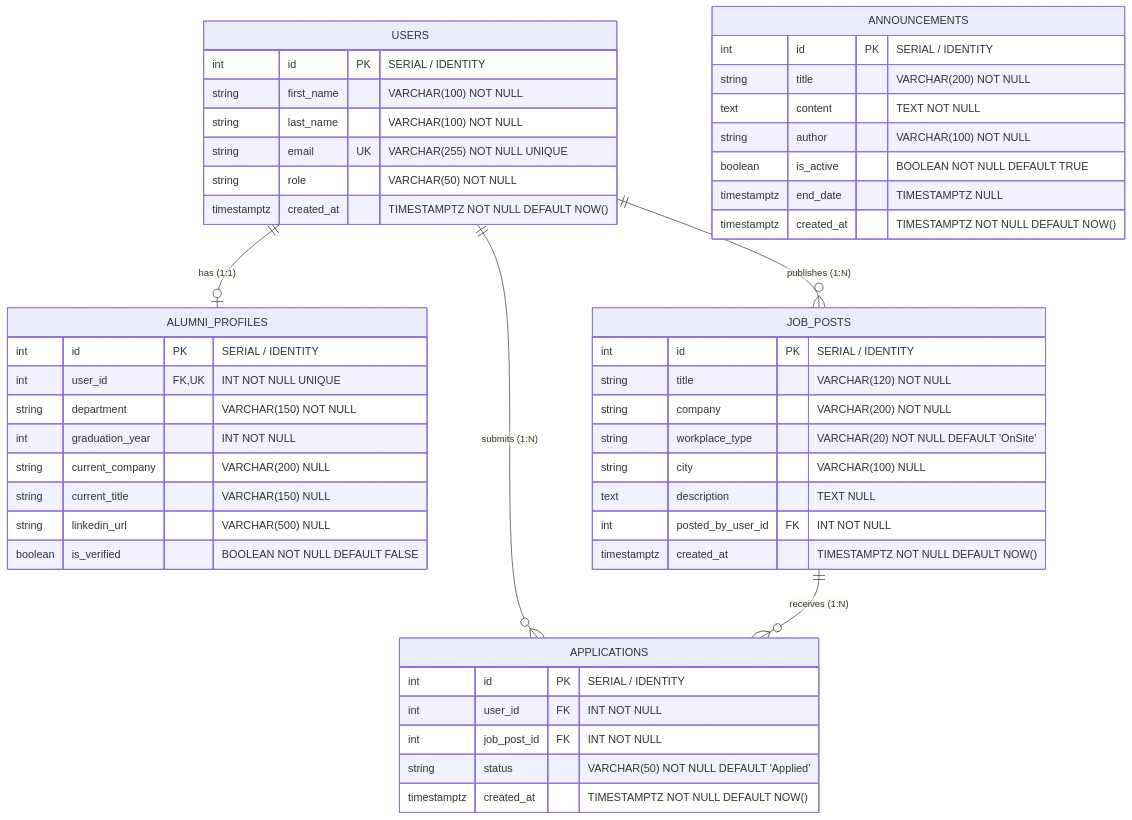
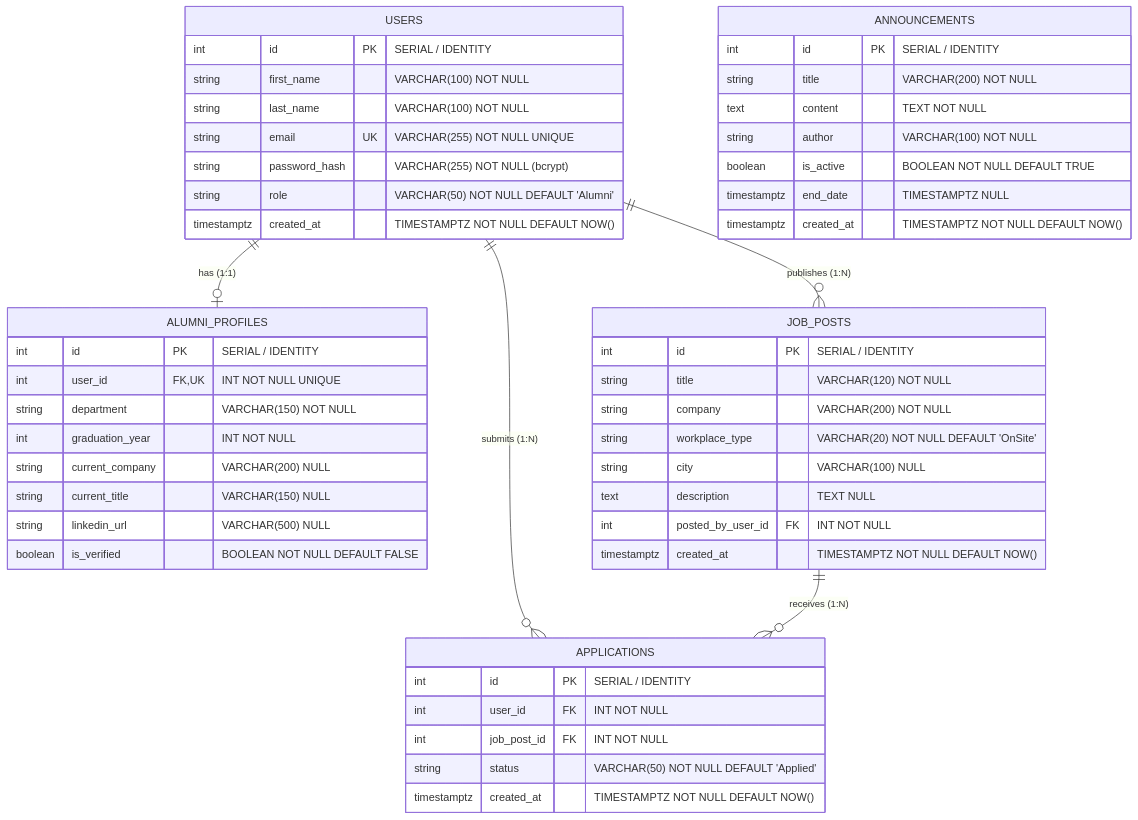
One commit to Sheva0710/Alumni changed the diagram in DATA_DESIGN.md. Above: the diagram before and after it, drawn with Mermaid. The commit also changed other lines of this file and 47 other files, not shown here.

````diff
--- a/DATA_DESIGN.md
+++ b/DATA_DESIGN.md
@@ -30,56 +30,57 @@
 ```mermaid
 erDiagram
     USERS ||--o| ALUMNI_PROFILES : "has (1:1)"
     USERS ||--o{ JOB_POSTS : "publishes (1:N)"
     USERS ||--o{ APPLICATIONS : "submits (1:N)"
     JOB_POSTS ||--o{ APPLICATIONS : "receives (1:N)"
 
     USERS {
         int id PK "SERIAL / IDENTITY"
         string first_name "VARCHAR(100) NOT NULL"
         string last_name "VARCHAR(100) NOT NULL"
         string email UK "VARCHAR(255) NOT NULL UNIQUE"
-        string role "VARCHAR(50) NOT NULL"
+        string password_hash "VARCHAR(255) NOT NULL (bcrypt)"
+        string role "VARCHAR(50) NOT NULL DEFAULT 'Alumni'"
         timestamptz created_at "TIMESTAMPTZ NOT NULL DEFAULT NOW()"
     }
 
     ALUMNI_PROFILES {
         int id PK "SERIAL / IDENTITY"
         int user_id FK,UK "INT NOT NULL UNIQUE"
         string department "VARCHAR(150) NOT NULL"
         int graduation_year "INT NOT NULL"
         string current_company "VARCHAR(200) NULL"
         string current_title "VARCHAR(150) NULL"
         string linkedin_url "VARCHAR(500) NULL"
         boolean is_verified "BOOLEAN NOT NULL DEFAULT FALSE"
     }
 
     JOB_POSTS {
         int id PK "SERIAL / IDENTITY"
         string title "VARCHAR(120) NOT NULL"
         string company "VARCHAR(200) NOT NULL"
         string workplace_type "VARCHAR(20) NOT NULL DEFAULT 'OnSite'"
         string city "VARCHAR(100) NULL"
         text description "TEXT NULL"
         int posted_by_user_id FK "INT NOT NULL"
         timestamptz created_at "TIMESTAMPTZ NOT NULL DEFAULT NOW()"
     }
 
     APPLICATIONS {
         int id PK "SERIAL / IDENTITY"
         int user_id FK "INT NOT NULL"
         int job_post_id FK "INT NOT NULL"
         string status "VARCHAR(50) NOT NULL DEFAULT 'Applied'"
         timestamptz created_at "TIMESTAMPTZ NOT NULL DEFAULT NOW()"
     }
 
     ANNOUNCEMENTS {
         int id PK "SERIAL / IDENTITY"
         string title "VARCHAR(200) NOT NULL"
         text content "TEXT NOT NULL"
         string author "VARCHAR(100) NOT NULL"
         boolean is_active "BOOLEAN NOT NULL DEFAULT TRUE"
         timestamptz end_date "TIMESTAMPTZ NULL"
         timestamptz created_at "TIMESTAMPTZ NOT NULL DEFAULT NOW()"
     }
 ```
````
